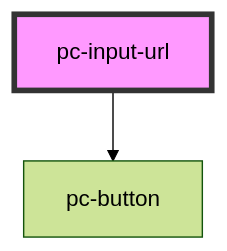
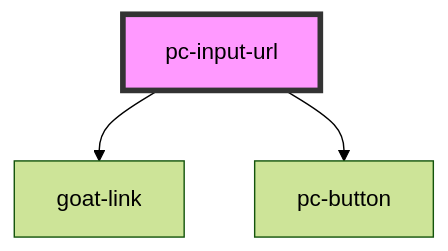
The diagram in src/components/input-controls/input/input-url/readme.md (redvars/peacock), drawn with Mermaid (forest theme) before and after one commit. The commit also changed other lines of this file and 62 other files, not shown here.

````diff
--- a/src/components/input-controls/input/input-url/readme.md
+++ b/src/components/input-controls/input/input-url/readme.md
@@ -92,5 +93,6 @@
 ```mermaid
 graph TD;
+  pc-input-url --> goat-link
   pc-input-url --> pc-button
   style pc-input-url fill:#f9f,stroke:#333,stroke-width:4px
 ```
````
